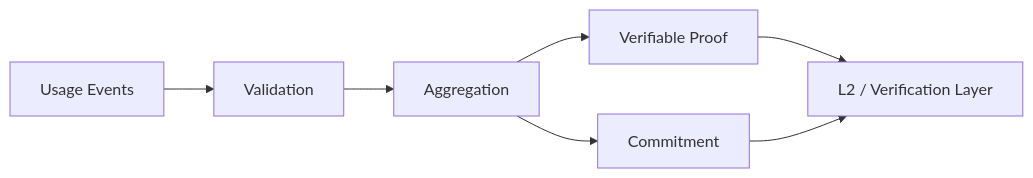
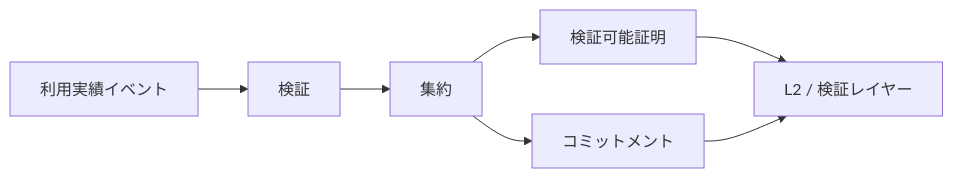
One commit to ShigeichiroYamasaki/creator-first-platform changed diagram 16 of 47 in docs/whitepaper/13-roadmap.md. Above: the diagram before and after it, drawn with Mermaid. The commit also changed other lines of this file and 72 other files, not shown here.

````diff
--- a/docs/whitepaper/13-roadmap.md
+++ b/docs/whitepaper/13-roadmap.md
@@ -521,13 +521,13 @@
 ```mermaid
 flowchart LR
-    EVENTS[Usage Events]
-    VALID[Validation]
-    AGG[Aggregation]
-    ROOT[Commitment]
-    PROOF[Verifiable Proof]
-    CHAIN[L2 / Verification Layer]
+    EVENTS[利用実績イベント]
+    VALID[検証]
+    AGG[集約]
+    ROOT[コミットメント]
+    PROOF[検証可能証明]
+    CHAIN[L2 / 検証レイヤー]
 
     EVENTS --> VALID --> AGG --> ROOT
     AGG --> PROOF --> CHAIN
     ROOT --> CHAIN
 ```
````
